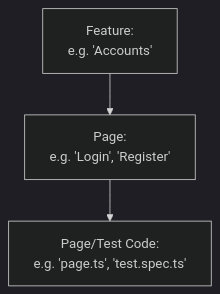
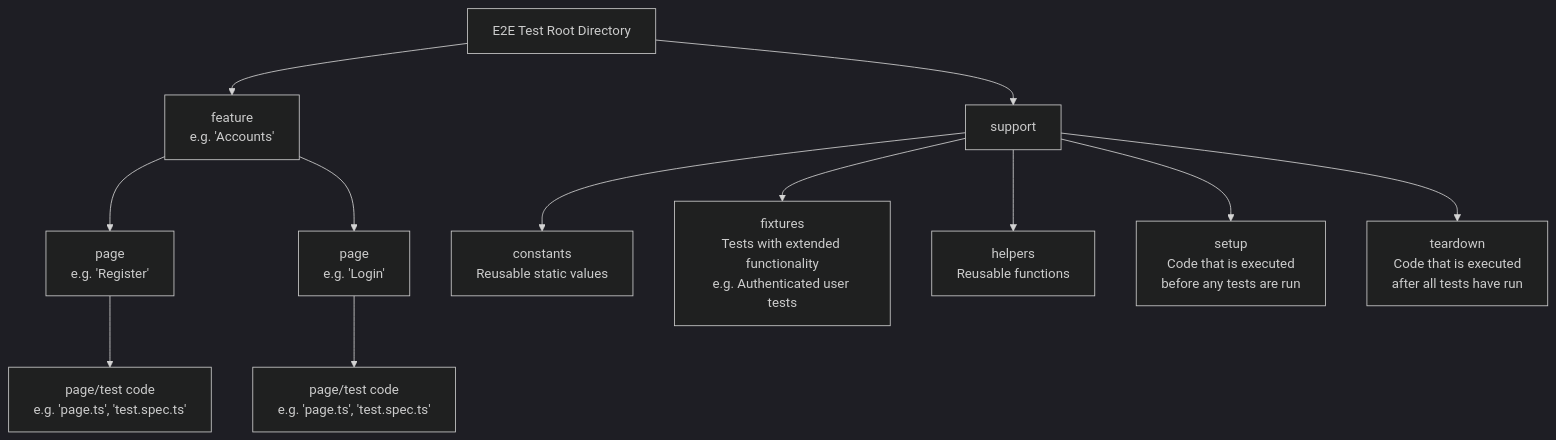
Before and after one commit to arcanemachine/phoenix-todo-list: the diagram in test/js/e2e/README.md, drawn with Mermaid (dark theme). The commit also changed other lines of this file, not shown here.

Commit message:
(e2e) Improve README project structure mermaid diagram and slight improvements to wording

````diff
--- a/test/js/e2e/README.md
+++ b/test/js/e2e/README.md
@@ -41,5 +43,27 @@
 ```mermaid
 flowchart TD
-    A[Feature:\ne.g. 'Accounts'] --> B[Page:\ne.g. 'Login', 'Register']
-    B --> C[Page/Test Code:\ne.g. 'page.ts', 'test.spec.ts']
+    Root[E2E Test Root Directory]
+        feature[feature\ne.g. 'Accounts']
+            pageA[page\ne.g. 'Register']
+                codeA[page/test code\ne.g. 'page.ts', 'test.spec.ts']
+            pageB[page\ne.g. 'Login']
+                codeB[page/test code\ne.g. 'page.ts', 'test.spec.ts']
+        support[support]
+            constants[constants\nReusable static values]
+            fixtures[fixtures\nTests with extended functionality\ne.g. Authenticated user tests]
+            helpers[helpers\nReusable functions]
+            setup[setup\nCode that is executed\nbefore any tests are run]
+            teardown[teardown\nCode that is executed\nafter all tests have run]
+
+
+
+    Root --> feature
+        feature --> pageA --> codeA
+        feature --> pageB --> codeB
+    Root --> support
+        support --> constants
+        support --> fixtures
+        support --> helpers
+        support --> setup
+        support --> teardown
 ```
````
